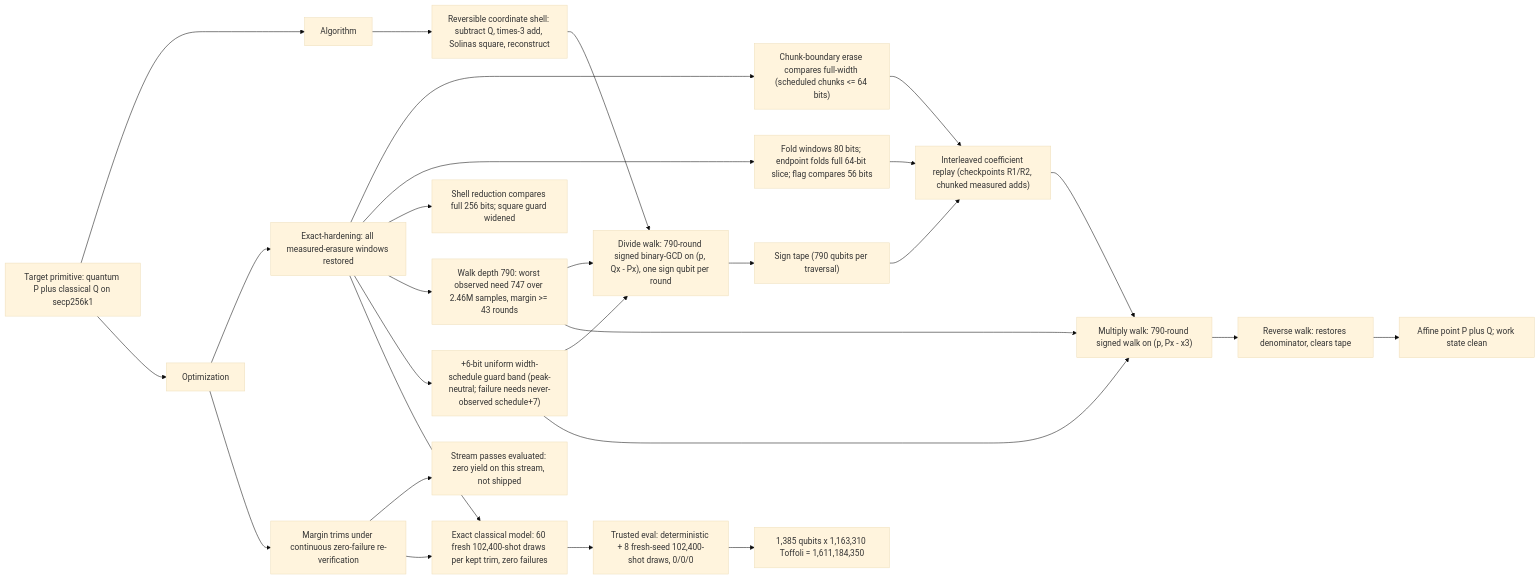
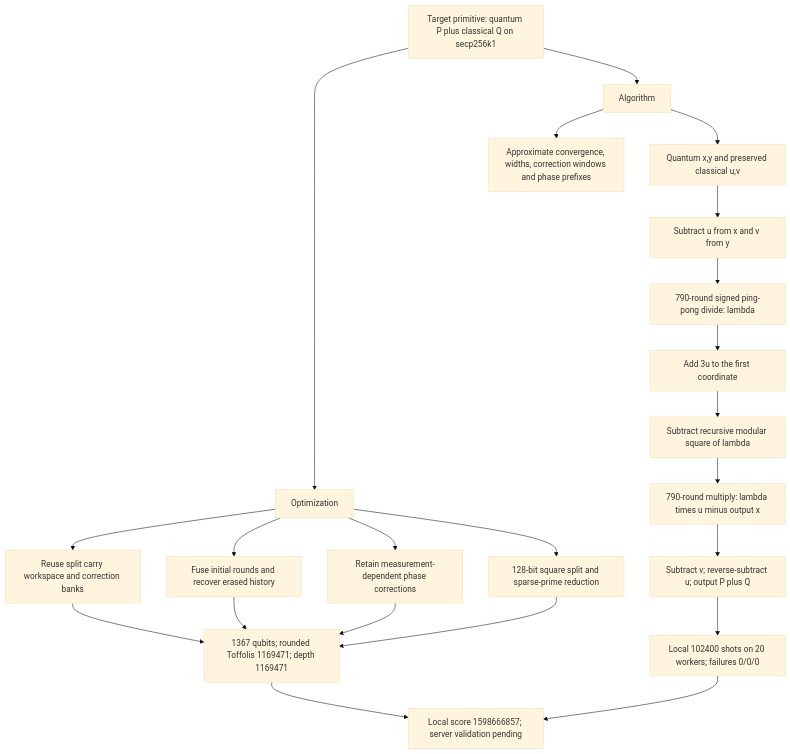
The diagram in src/point_add/architecture.mmd (ecdlp-contest/ecdlp-point-add), drawn with Mermaid (base theme) before and after one commit. The commit also changed 38 other files, not shown here.

Commit message:
Accept point-add-secp256k1-v1 submission sub_mtw6z091_6h03vm

```diff
--- a/src/point_add/architecture.mmd
+++ b/src/point_add/architecture.mmd
@@ -1,50 +1,25 @@
-flowchart LR
-    ROOT["Target primitive: quantum P plus classical Q on secp256k1"]
-    ALG["Algorithm"]
-    OPT["Optimization"]
-    SHELL["Reversible coordinate shell: subtract Q, times-3 add, Solinas square, reconstruct"]
-    DWALK["Divide walk: 790-round signed binary-GCD on (p, Qx - Px), one sign qubit per round"]
-    MWALK["Multiply walk: 790-round signed walk on (p, Px - x3)"]
-    TAPE["Sign tape (790 qubits per traversal)"]
-    REPLAY["Interleaved coefficient replay (checkpoints R1/R2, chunked measured adds)"]
-    WBACK["Reverse walk: restores denominator, clears tape"]
-    OUT["Affine point P plus Q; work state clean"]
-    HARD["Exact-hardening: all measured-erasure windows restored"]
-    W1["Chunk-boundary erase compares full-width (scheduled chunks <= 64 bits)"]
-    W2["Fold windows 80 bits; endpoint folds full 64-bit slice; flag compares 56 bits"]
-    W3["Shell reduction compares full 256 bits; square guard widened"]
-    DEPTH["Walk depth 790: worst observed need 747 over 2.46M samples, margin >= 43 rounds"]
-    BIAS["+6-bit uniform width-schedule guard band (peak-neutral; failure needs never-observed schedule+7)"]
-    TRIM["Margin trims under continuous zero-failure re-verification"]
-    PASS["Stream passes evaluated: zero yield on this stream, not shipped"]
-    MODEL["Exact classical model: 60 fresh 102,400-shot draws per kept trim, zero failures"]
-    EVAL["Trusted eval: deterministic + 8 fresh-seed 102,400-shot draws, 0/0/0"]
-    METRICS["1,385 qubits x 1,163,310 Toffoli = 1,611,184,350"]
-
-    ROOT --> ALG
-    ROOT --> OPT
-    ALG --> SHELL
-    SHELL --> DWALK
-    DWALK --> TAPE
-    TAPE --> REPLAY
-    REPLAY --> MWALK
-    MWALK --> WBACK
-    WBACK --> OUT
-    OPT --> HARD
-    HARD --> W1
-    HARD --> W2
-    HARD --> W3
-    HARD --> DEPTH
-    HARD --> BIAS
-    OPT --> TRIM
-    TRIM --> PASS
-    DEPTH --> DWALK
-    DEPTH --> MWALK
-    BIAS --> DWALK
-    BIAS --> MWALK
-    W1 --> REPLAY
-    W2 --> REPLAY
-    HARD --> MODEL
-    TRIM --> MODEL
-    MODEL --> EVAL
-    EVAL --> METRICS
+flowchart TD
+  Target["Target primitive: quantum P plus classical Q on secp256k1"]
+  Algorithm["Algorithm"]
+  Optimization["Optimization"]
+  Target --> Algorithm
+  Target --> Optimization
+  Algorithm --> Input["Quantum x,y and preserved classical u,v"]
+  Input --> Difference["Subtract u from x and v from y"]
+  Difference --> Divide["790-round signed ping-pong divide: lambda"]
+  Divide --> Shift["Add 3u to the first coordinate"]
+  Shift --> Square["Subtract recursive modular square of lambda"]
+  Square --> Multiply["790-round multiply: lambda times u minus output x"]
+  Multiply --> Output["Subtract v; reverse-subtract u; output P plus Q"]
+  Optimization --> Carry["Reuse split carry workspace and correction banks"]
+  Optimization --> History["Fuse initial rounds and recover erased history"]
+  Optimization --> Phase["Retain measurement-dependent phase corrections"]
+  Optimization --> SquareShape["128-bit square split and sparse-prime reduction"]
+  Carry --> Metrics["1367 qubits; rounded Toffolis 1169471; depth 1169471"]
+  History --> Metrics
+  Phase --> Metrics
+  SquareShape --> Metrics
+  Output --> Validation["Local 102400 shots on 20 workers; failures 0/0/0"]
+  Metrics --> Score["Local score 1598666857; server validation pending"]
+  Validation --> Score
+  Algorithm --> Limits["Approximate convergence, widths, correction windows and phase prefixes"]
```
